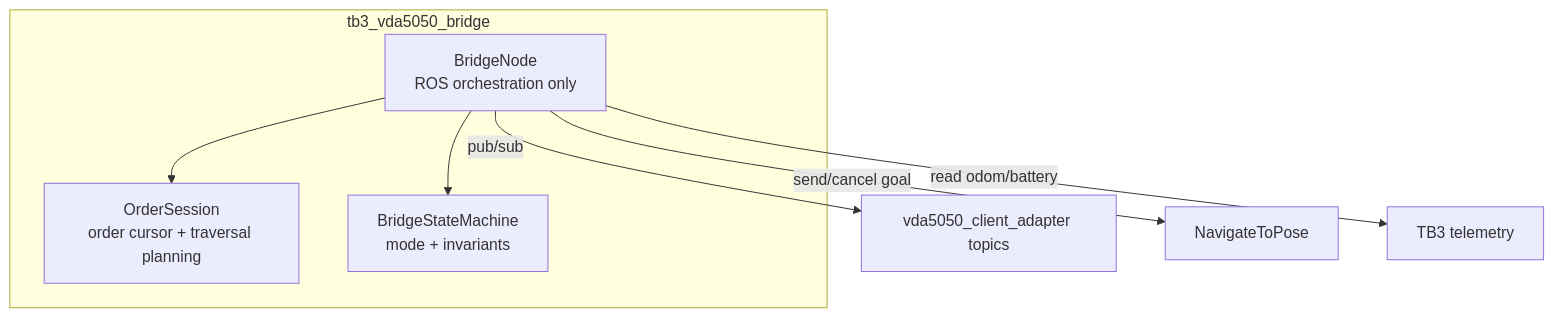
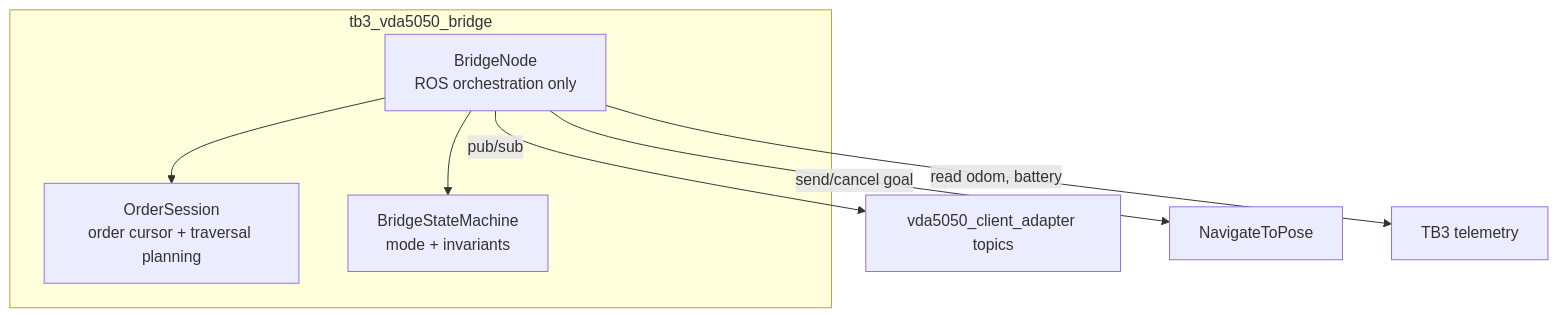
Before and after one commit to NhatTran-97/eiu-vda5050-support-open-rmf: the second of 4 diagrams in tb3_vda5050_bridge/docs/architecture.md, drawn with Mermaid. The commit also changed 3 other files, not shown here.

Commit message:
Notify adapter when bridge drops an order outside cancelOrder

````diff
--- a/tb3_vda5050_bridge/docs/architecture.md
+++ b/tb3_vda5050_bridge/docs/architecture.md
@@ -36,14 +36,14 @@
 ```mermaid
 flowchart TB
     subgraph Bridge["tb3_vda5050_bridge"]
         Node["BridgeNode\nROS orchestration only"]
         Session["OrderSession\norder cursor + traversal planning"]
         SM["BridgeStateMachine\nmode + invariants"]
     end
 
     Node --> Session
     Node --> SM
-    Node -->|"pub/sub"| Adapter["vda5050_client_adapter topics"]
-    Node -->|"send/cancel goal"| Nav2["NavigateToPose"]
-    Node -->|"read odom/battery"| Robot["TB3 telemetry"]
+    Node -->|pub/sub| Adapter["vda5050_client_adapter topics"]
+    Node -->|send/cancel goal| Nav2["NavigateToPose"]
+    Node -->|read odom, battery| Robot["TB3 telemetry"]
 ```
````
